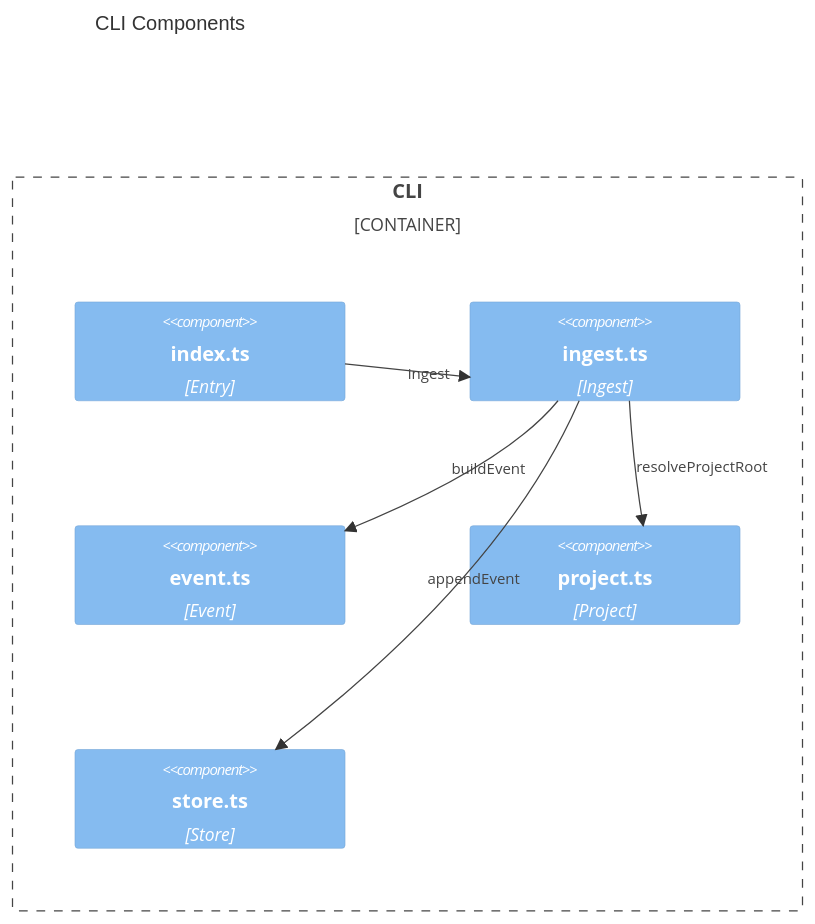
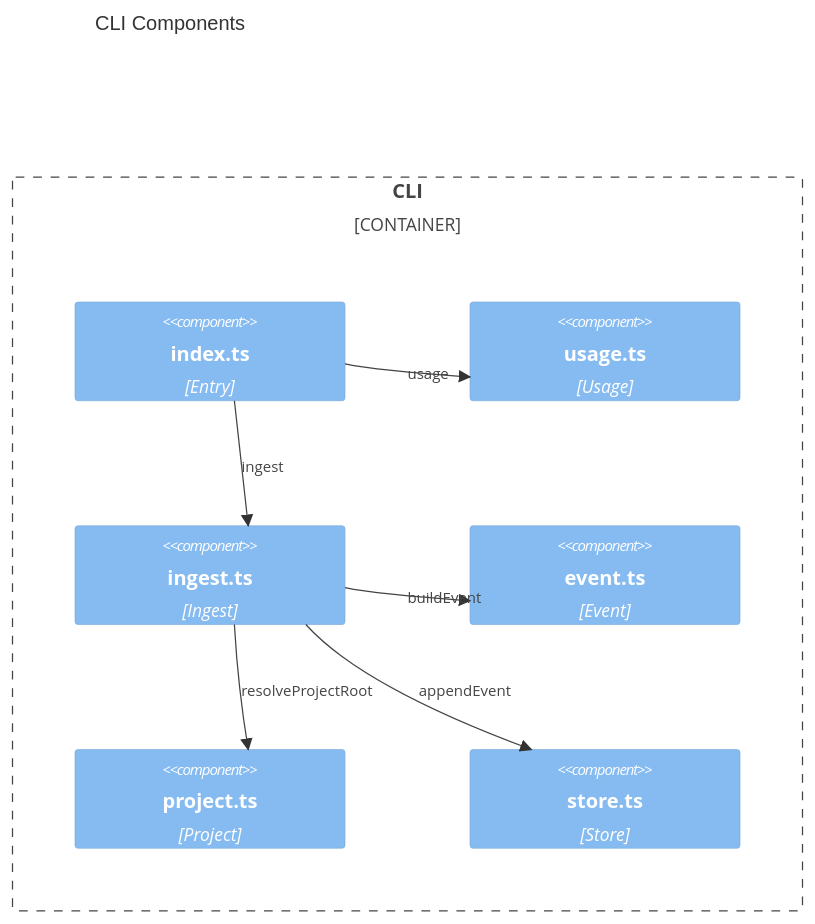
Before and after one commit to AIDDbot/audit-bot: the diagram in docs/arch/cli.arch.md, drawn with Mermaid. The commit also changed other lines of this file and 1 other file, not shown here.

````diff
--- a/docs/arch/cli.arch.md
+++ b/docs/arch/cli.arch.md
@@ -33,17 +43,19 @@
 ```mermaid
 C4Component
   title CLI Components
 
   Container_Boundary(boundary, "CLI") {
     Component(entry, "index.ts", "Entry")
+    Component(usage, "usage.ts", "Usage")
     Component(ingest, "ingest.ts", "Ingest")
     Component(event, "event.ts", "Event")
     Component(project, "project.ts", "Project")
     Component(store, "store.ts", "Store")
   }
 
   Rel(entry, ingest, "ingest")
+  Rel(entry, usage, "usage")
   Rel(ingest, event, "buildEvent")
   Rel(ingest, project, "resolveProjectRoot")
   Rel(ingest, store, "appendEvent")
 ```
````
